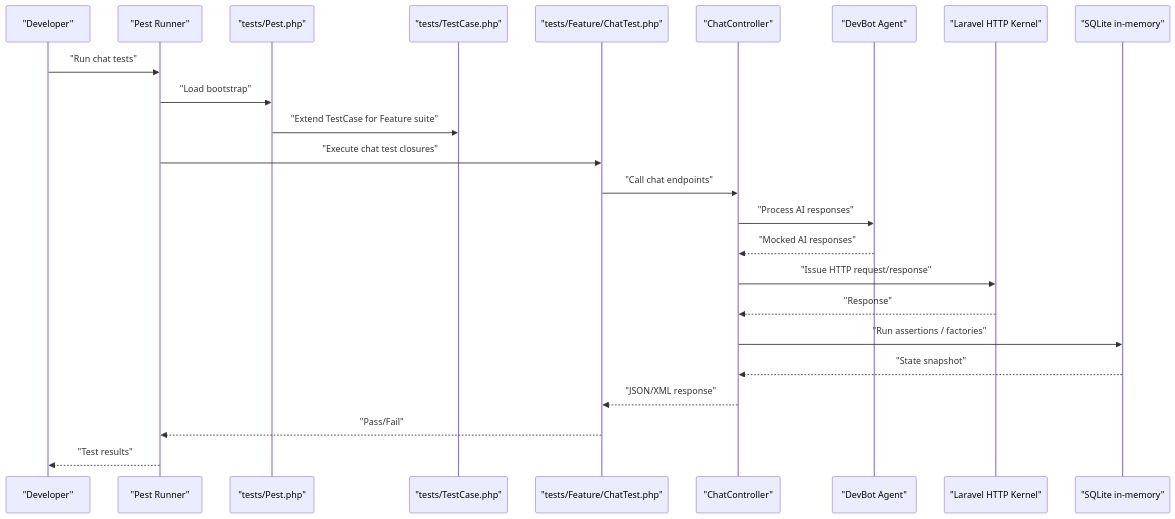
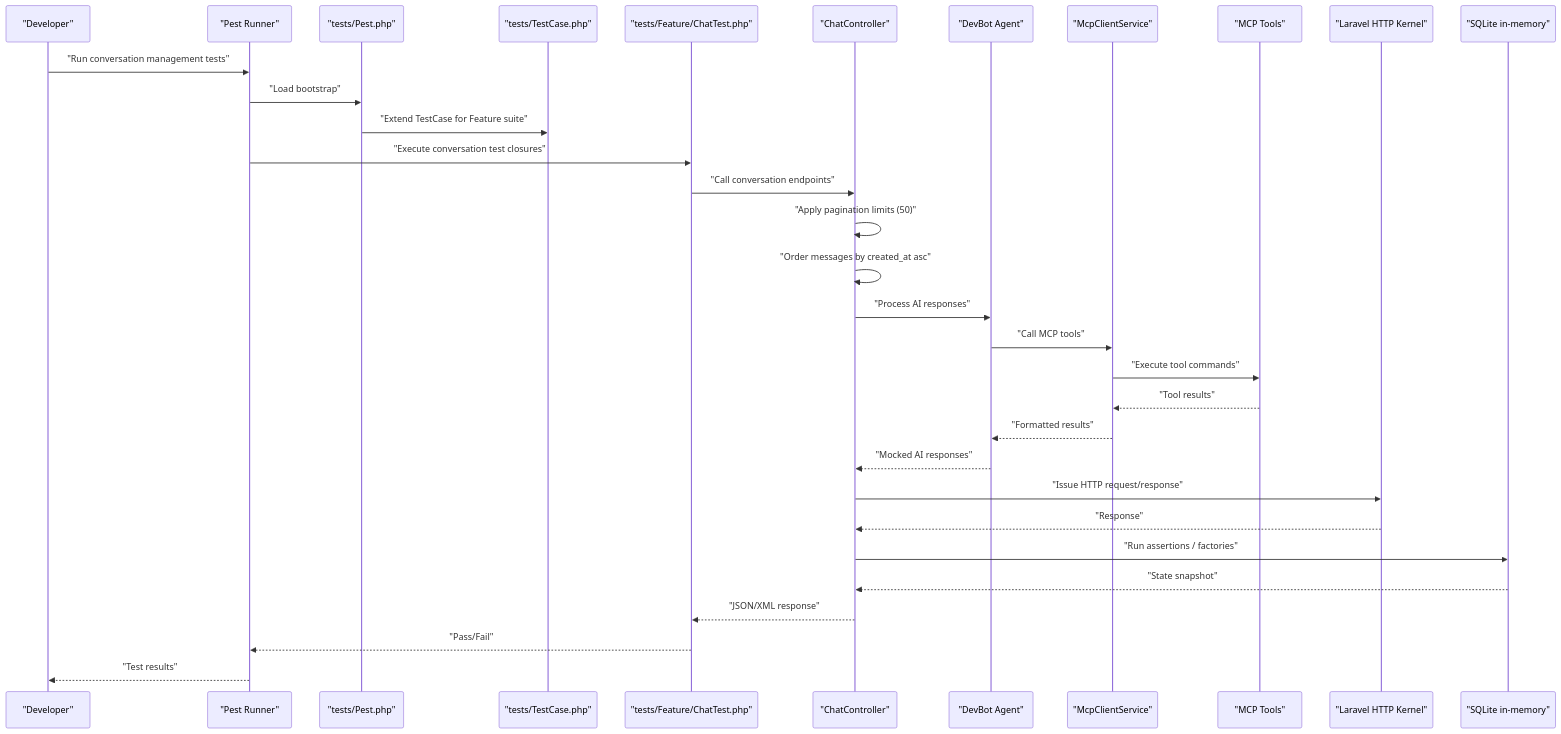
One commit to siimliimand/laravel-assistant changed the second of 7 diagrams in .qoder/repowiki/en/content/Testing Infrastructure/Testing Infrastructure.md. Above: the diagram before and after it, drawn with Mermaid. The commit also changed other lines of this file and 7 other files, not shown here.

First line of the commit message:
feat(mcp-client): integrate MCP protocol client service for DevBot AI agent tools

````diff
--- a/.qoder/repowiki/en/content/Testing Infrastructure/Testing Infrastructure.md
+++ b/.qoder/repowiki/en/content/Testing Infrastructure/Testing Infrastructure.md
@@ -138,26 +196,34 @@
 ```mermaid
 sequenceDiagram
 participant Dev as "Developer"
 participant Pest as "Pest Runner"
 participant Boot as "tests/Pest.php"
 participant BaseTC as "tests/TestCase.php"
 participant ChatTest as "tests/Feature/ChatTest.php"
 participant Controller as "ChatController"
 participant DevBot as "DevBot Agent"
+participant MCPClient as "McpClientService"
+participant Tools as "MCP Tools"
 participant HTTP as "Laravel HTTP Kernel"
 participant DB as "SQLite in-memory"
-Dev->>Pest : "Run chat tests"
+Dev->>Pest : "Run conversation management tests"
 Pest->>Boot : "Load bootstrap"
 Boot->>BaseTC : "Extend TestCase for Feature suite"
-Pest->>ChatTest : "Execute chat test closures"
-ChatTest->>Controller : "Call chat endpoints"
+Pest->>ChatTest : "Execute conversation test closures"
+ChatTest->>Controller : "Call conversation endpoints"
+Controller->>Controller : "Apply pagination limits (50)"
+Controller->>Controller : "Order messages by created_at asc"
 Controller->>DevBot : "Process AI responses"
+DevBot->>MCPClient : "Call MCP tools"
+MCPClient->>Tools : "Execute tool commands"
+Tools-->>MCPClient : "Tool results"
+MCPClient-->>DevBot : "Formatted results"
 DevBot-->>Controller : "Mocked AI responses"
 Controller->>HTTP : "Issue HTTP request/response"
 HTTP-->>Controller : "Response"
 Controller->>DB : "Run assertions / factories"
 DB-->>Controller : "State snapshot"
 Controller-->>ChatTest : "JSON/XML response"
 ChatTest-->>Pest : "Pass/Fail"
 Pest-->>Dev : "Test results"
 ```
````
